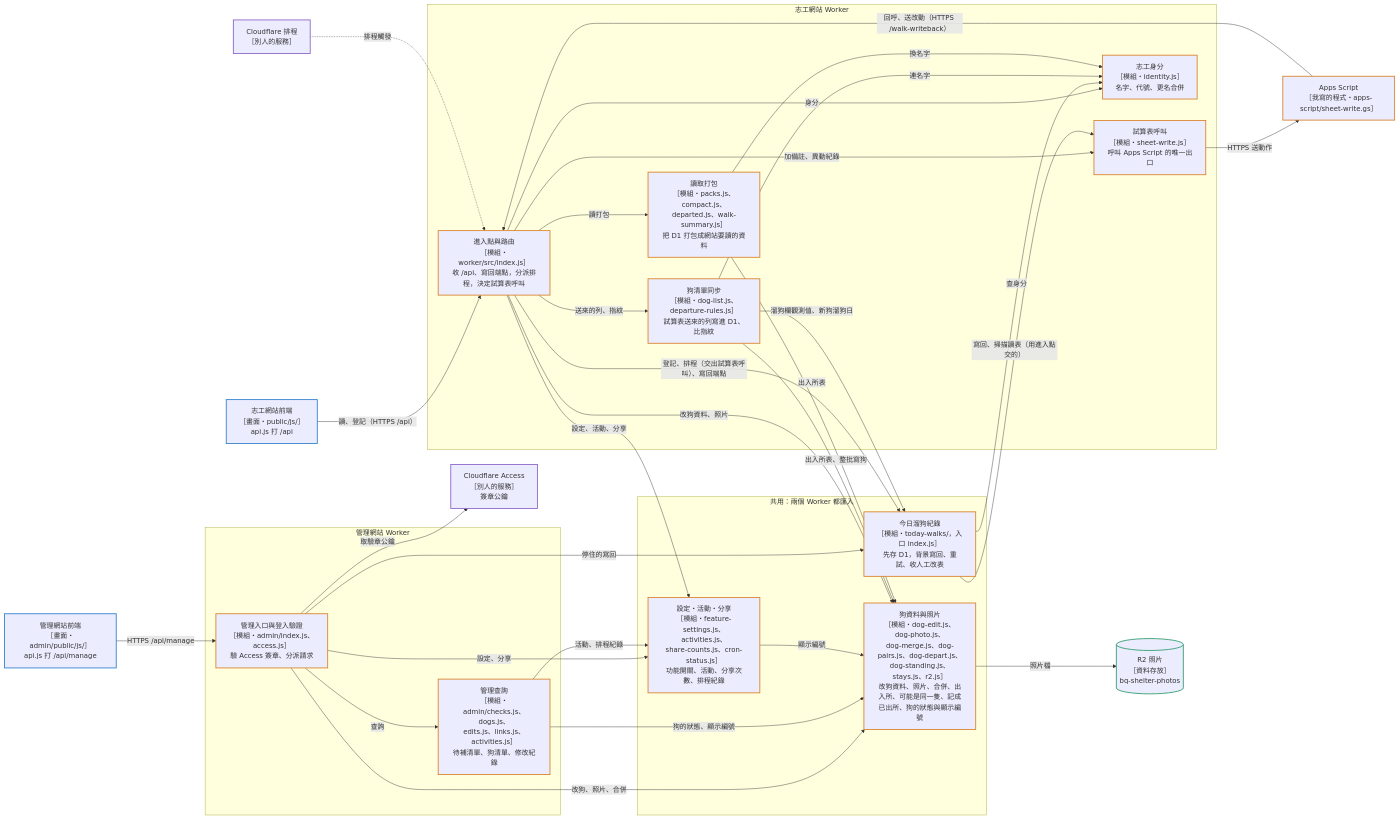
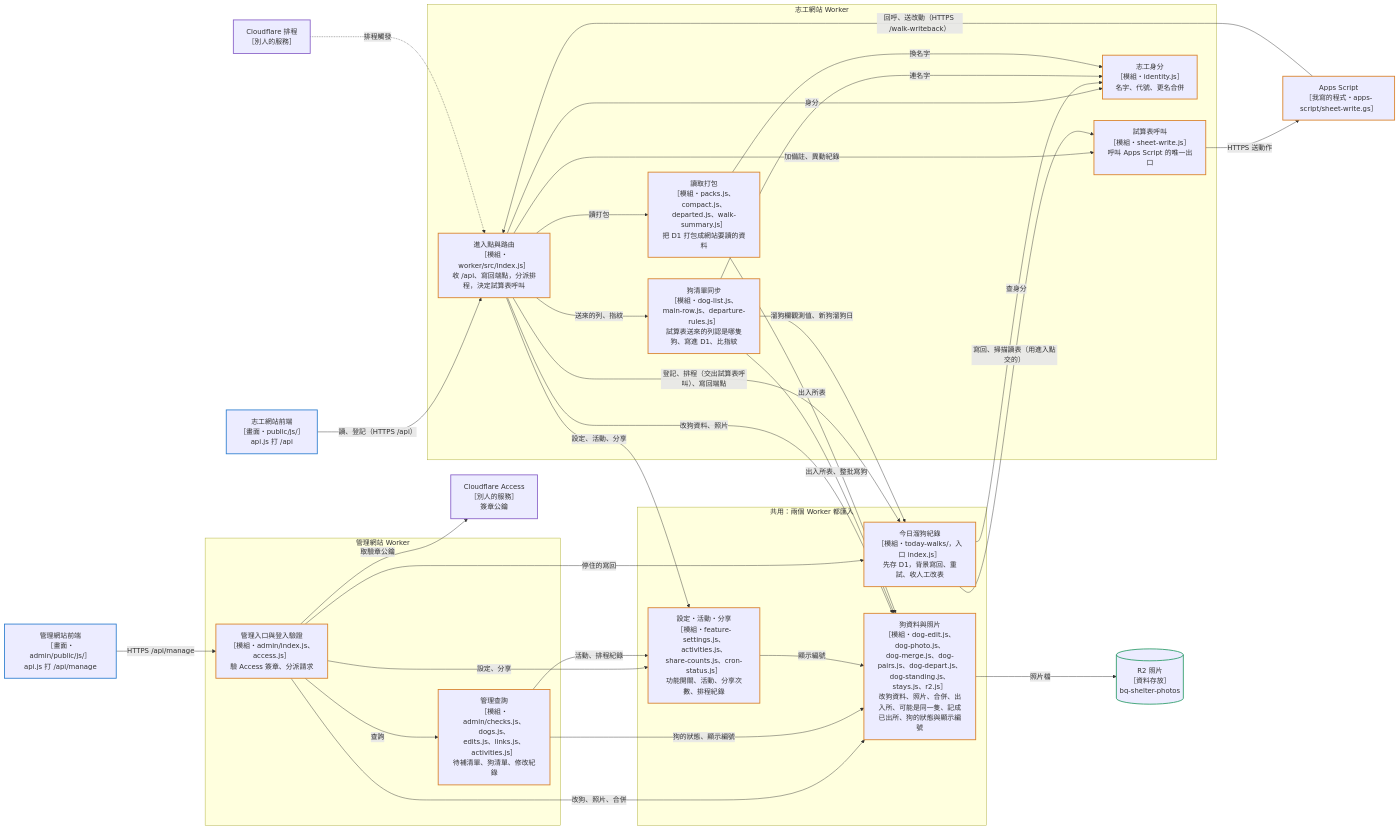
One commit to jiatsenK/bq-shelter-dogs changed the fifth of 7 diagrams in docs/ARCHITECTURE.md. Above: the diagram before and after it, drawn with Mermaid. The commit also changed other lines of this file and 9 other files, not shown here.

````diff
--- a/docs/ARCHITECTURE.md
+++ b/docs/ARCHITECTURE.md
@@ -277,64 +277,64 @@
 ```mermaid
 flowchart LR
   vfront["志工網站前端<br/>［畫面・public/js/］<br/>api.js 打 /api"]
   cron["Cloudflare 排程<br/>［別人的服務］"]
   gas["Apps Script<br/>［我寫的程式・apps-script/sheet-write.gs］"]
   afront["管理網站前端<br/>［畫面・admin/public/js/］<br/>api.js 打 /api/manage"]
   access["Cloudflare Access<br/>［別人的服務］<br/>簽章公鑰"]
   r2[("R2 照片<br/>［資料存放］<br/>bq-shelter-photos")]
   subgraph SHARED["共用：兩個 Worker 都匯入"]
     settings["設定・活動・分享<br/>［模組・feature-settings.js、activities.js、<br/>share-counts.js、cron-status.js］<br/>功能開關、活動、分享次數、排程紀錄"]
     dogdata["狗資料與照片<br/>［模組・dog-edit.js、dog-photo.js、<br/>dog-merge.js、dog-pairs.js、dog-depart.js、<br/>dog-standing.js、stays.js、r2.js］<br/>改狗資料、照片、合併、出入所、可能是同一隻、記成已出所、狗的狀態與顯示編號"]
     walk["今日溜狗紀錄<br/>［模組・today-walks/，入口 index.js］<br/>先存 D1，背景寫回、重試、收人工改表"]
   end
   subgraph VW["志工網站 Worker"]
     entry["進入點與路由<br/>［模組・worker/src/index.js］<br/>收 /api、寫回端點，分派排程，決定試算表呼叫"]
-    doglist["狗清單同步<br/>［模組・dog-list.js、departure-rules.js］<br/>試算表送來的列寫進 D1、比指紋"]
+    doglist["狗清單同步<br/>［模組・dog-list.js、main-row.js、departure-rules.js］<br/>試算表送來的列認是哪隻狗、寫進 D1、比指紋"]
     packs["讀取打包<br/>［模組・packs.js、compact.js、<br/>departed.js、walk-summary.js］<br/>把 D1 打包成網站要讀的資料"]
     sheetcall["試算表呼叫<br/>［模組・sheet-write.js］<br/>呼叫 Apps Script 的唯一出口"]
     identity["志工身分<br/>［模組・identity.js］<br/>名字、代號、更名合併"]
   end
   subgraph AW["管理網站 Worker"]
     aentry["管理入口與登入驗證<br/>［模組・admin/index.js、access.js］<br/>驗 Access 簽章、分派請求"]
     aquery["管理查詢<br/>［模組・admin/checks.js、dogs.js、<br/>edits.js、links.js、activities.js］<br/>待補清單、狗清單、修改紀錄"]
   end
 
   vfront -->|讀、登記（HTTPS /api）| entry
   cron -.->|排程觸發| entry
   gas -->|回呼、送改動（HTTPS /walk-writeback）| entry
   afront -->|HTTPS /api/manage| aentry
   entry -->|登記、排程（交出試算表呼叫）、寫回端點| walk
   entry -->|送來的列、指紋| doglist
   entry -->|讀打包| packs
   entry -->|加備註、異動紀錄| sheetcall
   entry -->|身分| identity
   entry -->|設定、活動、分享| settings
   entry -->|改狗資料、照片| dogdata
   doglist -->|溜狗欄觀測值、新狗溜狗日| walk
   walk -->|寫回、掃描讀表（用進入點交的）| sheetcall
   walk -->|查身分| identity
   doglist -->|連名字| identity
   doglist -->|出入所表、整批寫狗| dogdata
   packs -->|換名字| identity
   packs -->|出入所表| dogdata
   sheetcall -->|HTTPS 送動作| gas
   dogdata -->|照片檔| r2
   aentry -->|查詢| aquery
   aentry -->|取驗章公鑰| access
   aentry -->|設定、分享| settings
   aentry -->|改狗、照片、合併| dogdata
   aentry -->|停住的寫回| walk
   aquery -->|活動、排程紀錄| settings
   aquery -->|狗的狀態、顯示編號| dogdata
   settings -->|顯示編號| dogdata
 
   class vfront,afront ui
   class entry,walk,doglist,packs,sheetcall,identity,aentry,aquery,settings,dogdata,gas code
   class r2 data
   class cron,access ext
   classDef person stroke:#5b6b78,stroke-width:2px
   classDef ui stroke:#2f7fd0,stroke-width:2px
   classDef code stroke:#d9822b,stroke-width:2px
   classDef data stroke:#2e9d6a,stroke-width:2px
   classDef ext stroke:#8a63c9,stroke-width:2px
 ```
````
